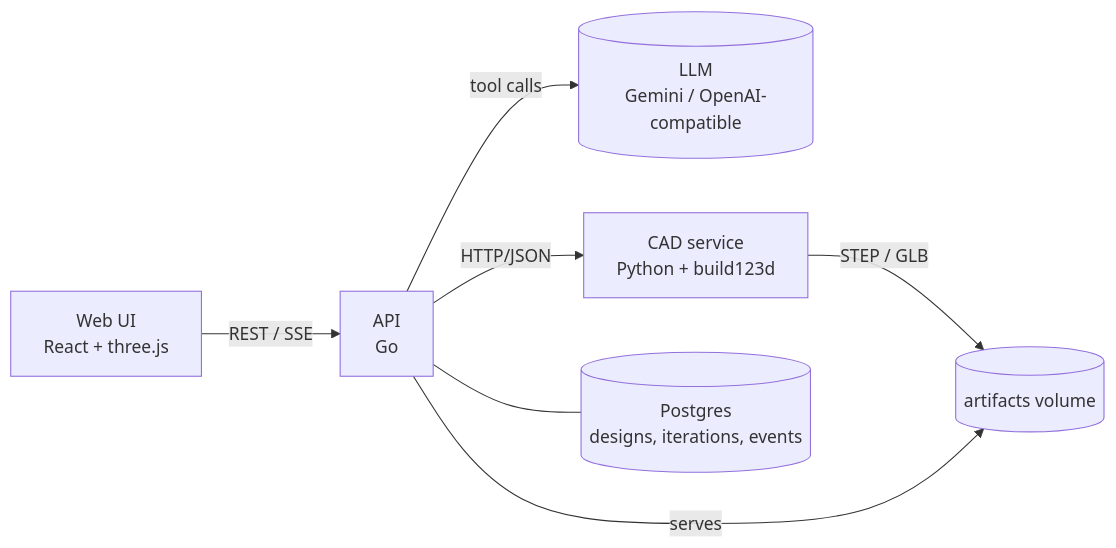
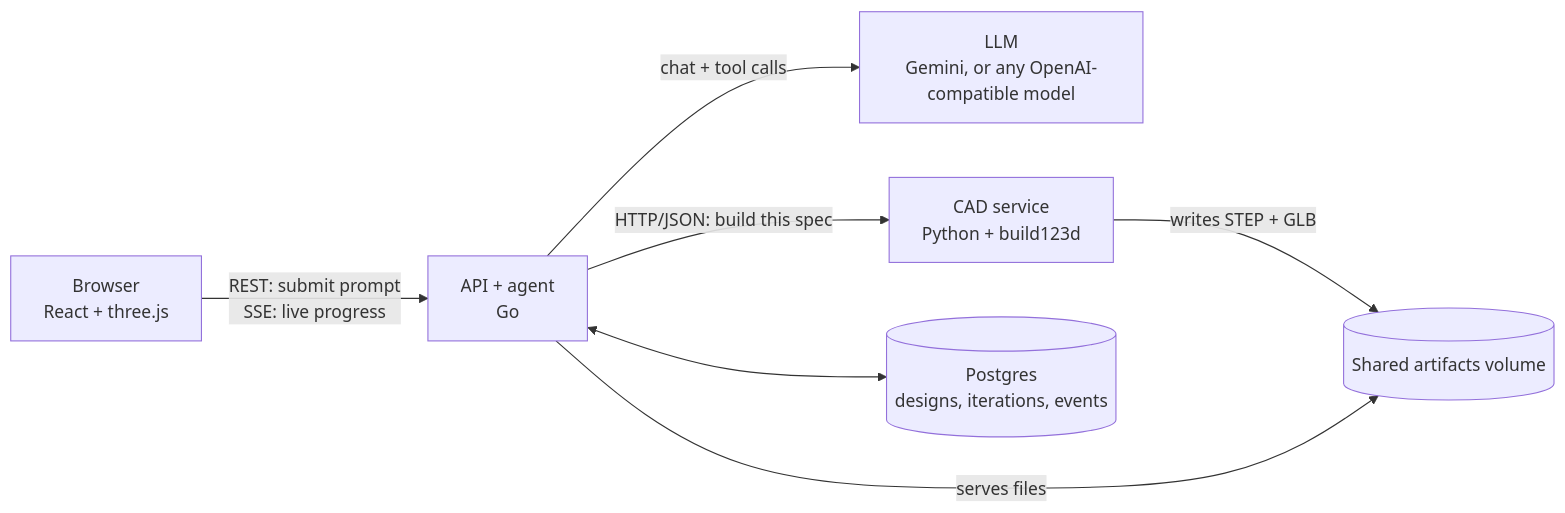
The diagram in README.md (adrianapsay/meng-spaceship-prototyping), drawn with Mermaid before and after one commit. The commit also changed other lines of this file, not shown here.

````diff
--- a/README.md
+++ b/README.md
@@ -11,9 +30,9 @@
 ```mermaid
 flowchart LR
-  W[Web UI<br/>React + three.js] -- REST / SSE --> A[API<br/>Go]
-  A -- tool calls --> L[(LLM<br/>Gemini / OpenAI-compatible)]
-  A -- HTTP/JSON --> C[CAD service<br/>Python + build123d]
-  A --- P[(Postgres<br/>designs, iterations, events)]
-  C -- STEP / GLB --> V[(artifacts volume)]
-  A -- serves --> V
+  U[Browser<br/>React + three.js] -- "REST: submit prompt<br/>SSE: live progress" --> A[API + agent<br/>Go]
+  A -- "chat + tool calls" --> L[LLM<br/>Gemini, or any OpenAI-compatible model]
+  A -- "HTTP/JSON: build this spec" --> C[CAD service<br/>Python + build123d]
+  A <--> P[(Postgres<br/>designs, iterations, events)]
+  C -- "writes STEP + GLB" --> V[(Shared artifacts volume)]
+  A -- "serves files" --> V
 ```
````
